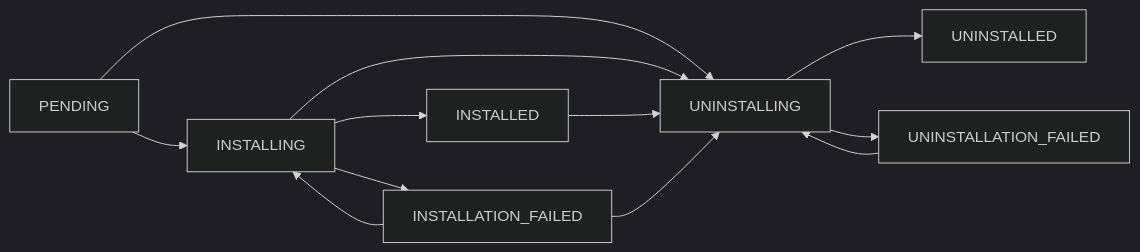
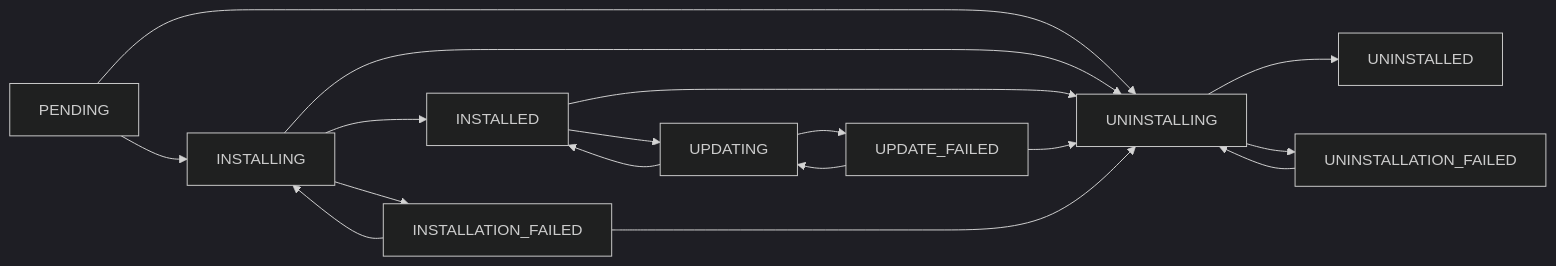
Before and after one commit to kaapana/kaapana: the third of 4 diagrams in services/base/extension-manager-service/docker/files/app/README.md, drawn with Mermaid (dark theme). The commit also changed other lines of this file and 1 other file, not shown here.

````diff
--- a/services/base/extension-manager-service/docker/files/app/README.md
+++ b/services/base/extension-manager-service/docker/files/app/README.md
@@ -137,19 +147,26 @@
 ```mermaid
 graph LR
     PENDING --> INSTALLING
     PENDING --> UNINSTALLING
 
     INSTALLING --> INSTALLATION_FAILED
     INSTALLING --> INSTALLED
     INSTALLING --> UNINSTALLING
 
     INSTALLED --> UNINSTALLING
+    INSTALLED --> UPDATING
+
+    UPDATING --> INSTALLED
+    UPDATING --> UPDATE_FAILED
+
+    UPDATE_FAILED --> UPDATING
+    UPDATE_FAILED --> UNINSTALLING
 
     INSTALLATION_FAILED --> INSTALLING
     INSTALLATION_FAILED --> UNINSTALLING
 
     UNINSTALLING --> UNINSTALLED
     UNINSTALLING --> UNINSTALLATION_FAILED
 
     UNINSTALLATION_FAILED --> UNINSTALLING
 ```
````
